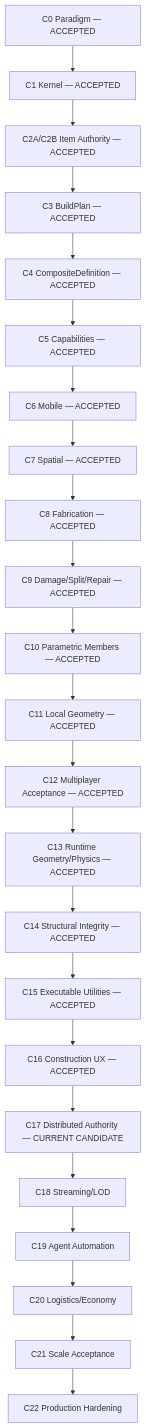
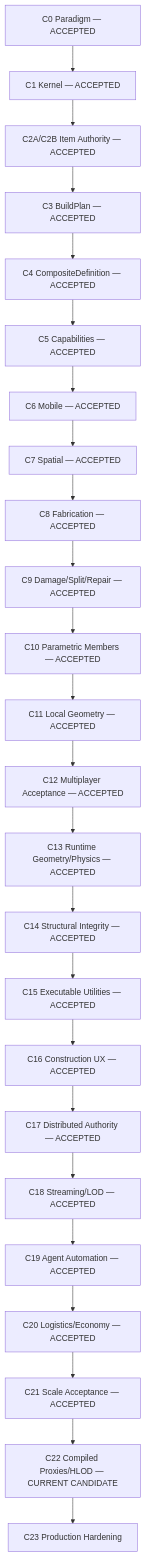
The diagram in docs/plans/CONSTRUCTION_MAP_RU.md (rootfabric/distributed-world-simulator), drawn with Mermaid before and after one commit. The commit also changed other lines of this file and 60 other files, not shown here.

Commit message:
feat(construction): add compiled construct proxies and HLOD streaming

````diff
--- a/docs/plans/CONSTRUCTION_MAP_RU.md
+++ b/docs/plans/CONSTRUCTION_MAP_RU.md
@@ -37,25 +42,26 @@
 ```mermaid
 flowchart TD
     C0["C0 Paradigm — ACCEPTED"] --> C1["C1 Kernel — ACCEPTED"]
     C1 --> C2["C2A/C2B Item Authority — ACCEPTED"]
     C2 --> C3["C3 BuildPlan — ACCEPTED"]
     C3 --> C4["C4 CompositeDefinition — ACCEPTED"]
     C4 --> C5["C5 Capabilities — ACCEPTED"]
     C5 --> C6["C6 Mobile — ACCEPTED"]
     C6 --> C7["C7 Spatial — ACCEPTED"]
     C7 --> C8["C8 Fabrication — ACCEPTED"]
     C8 --> C9["C9 Damage/Split/Repair — ACCEPTED"]
     C9 --> C10["C10 Parametric Members — ACCEPTED"]
     C10 --> C11["C11 Local Geometry — ACCEPTED"]
     C11 --> C12["C12 Multiplayer Acceptance — ACCEPTED"]
     C12 --> C13["C13 Runtime Geometry/Physics — ACCEPTED"]
     C13 --> C14["C14 Structural Integrity — ACCEPTED"]
     C14 --> C15["C15 Executable Utilities — ACCEPTED"]
     C15 --> C16["C16 Construction UX — ACCEPTED"]
-    C16 --> C17["C17 Distributed Authority — CURRENT CANDIDATE"]
-    C17 --> C18["C18 Streaming/LOD"]
-    C18 --> C19["C19 Agent Automation"]
-    C19 --> C20["C20 Logistics/Economy"]
-    C20 --> C21["C21 Scale Acceptance"]
-    C21 --> C22["C22 Production Hardening"]
+    C16 --> C17["C17 Distributed Authority — ACCEPTED"]
+    C17 --> C18["C18 Streaming/LOD — ACCEPTED"]
+    C18 --> C19["C19 Agent Automation — ACCEPTED"]
+    C19 --> C20["C20 Logistics/Economy — ACCEPTED"]
+    C20 --> C21["C21 Scale Acceptance — ACCEPTED"]
+    C21 --> C22["C22 Compiled Proxies/HLOD — CURRENT CANDIDATE"]
+    C22 --> C23["C23 Production Hardening"]
 ```
````
